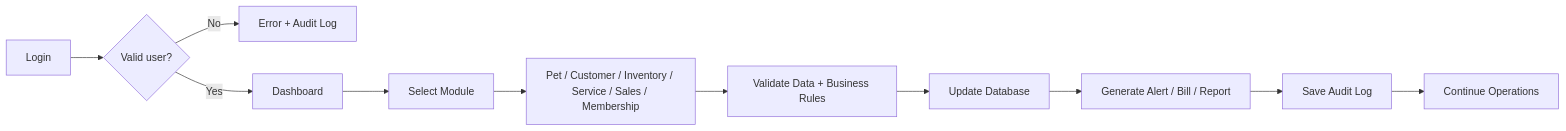
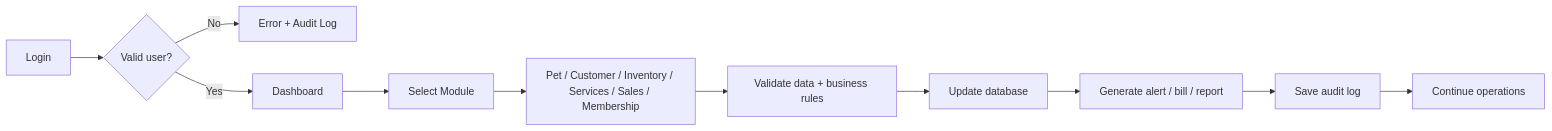
One commit to nhanduc2908/thu-cuwng-BBS changed the diagram in WORKFLOW_SHORT_SLIDE.md. Above: the diagram before and after it, drawn with Mermaid. The commit also changed other lines of this file and 7 other files, not shown here.

````diff
--- a/WORKFLOW_SHORT_SLIDE.md
+++ b/WORKFLOW_SHORT_SLIDE.md
@@ -3,13 +11,13 @@
 ```mermaid
 flowchart LR
     A[Login] --> B{Valid user?}
     B -- No --> C[Error + Audit Log]
     B -- Yes --> D[Dashboard]
     D --> E[Select Module]
-    E --> F[Pet / Customer / Inventory / Service / Sales / Membership]
-    F --> G[Validate Data + Business Rules]
-    G --> H[Update Database]
-    H --> I[Generate Alert / Bill / Report]
-    I --> J[Save Audit Log]
-    J --> K[Continue Operations]
+    E --> F[Pet / Customer / Inventory / Services / Sales / Membership]
+    F --> G[Validate data + business rules]
+    G --> H[Update database]
+    H --> I[Generate alert / bill / report]
+    I --> J[Save audit log]
+    J --> K[Continue operations]
 ```
````
